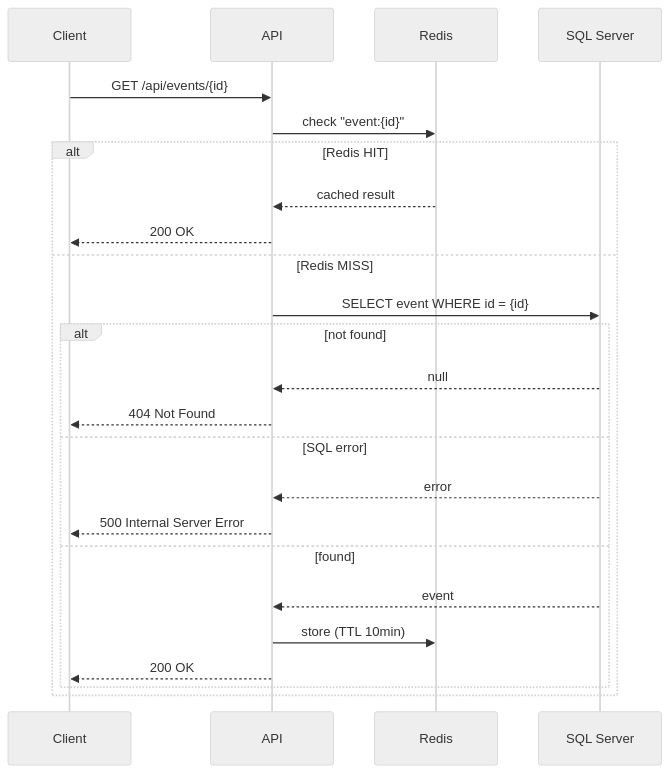
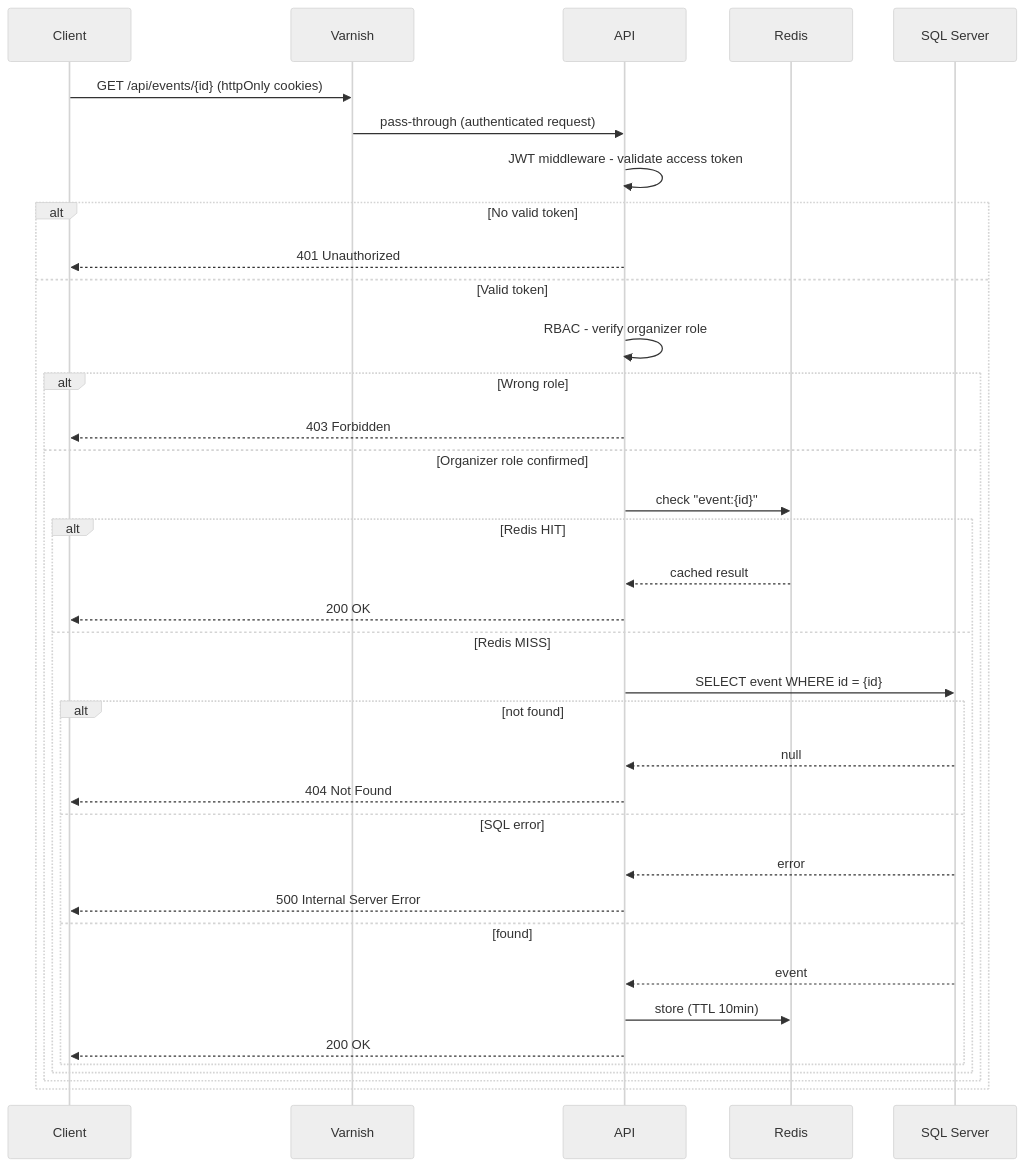
One commit to LaurentCondoure/EventManager changed the third of 11 diagrams in documentation/architecture/design/design-event-flows.md. Above: the diagram before and after it, drawn with Mermaid (neutral theme). The commit also changed other lines of this file and 58 other files, not shown here.

````diff
--- a/documentation/architecture/design/design-event-flows.md
+++ b/documentation/architecture/design/design-event-flows.md
@@ -82,27 +107,39 @@
 ```mermaid
 sequenceDiagram
     participant Client
+    participant Varnish
     participant API
     participant Redis
     participant SQL as SQL Server
 
-    Client->>API: GET /api/events/{id}
-    API->>Redis: check "event:{id}"
-    alt Redis HIT
-        Redis-->>API: cached result
-        API-->>Client: 200 OK
-    else Redis MISS
-        API->>SQL: SELECT event WHERE id = {id}
-        alt not found
-            SQL-->>API: null
-            API-->>Client: 404 Not Found
-        else SQL error
-            SQL-->>API: error
-            API-->>Client: 500 Internal Server Error
-        else found
-            SQL-->>API: event
-            API->>Redis: store (TTL 10min)
-            API-->>Client: 200 OK
+    Client->>Varnish: GET /api/events/{id} (httpOnly cookies)
+    Varnish->>API: pass-through (authenticated request)
+    API->>API: JWT middleware - validate access token
+    alt No valid token
+        API-->>Client: 401 Unauthorized
+    else Valid token
+        API->>API: RBAC - verify organizer role
+        alt Wrong role
+            API-->>Client: 403 Forbidden
+        else Organizer role confirmed
+            API->>Redis: check "event:{id}"
+            alt Redis HIT
+                Redis-->>API: cached result
+                API-->>Client: 200 OK
+            else Redis MISS
+                API->>SQL: SELECT event WHERE id = {id}
+                alt not found
+                    SQL-->>API: null
+                    API-->>Client: 404 Not Found
+                else SQL error
+                    SQL-->>API: error
+                    API-->>Client: 500 Internal Server Error
+                else found
+                    SQL-->>API: event
+                    API->>Redis: store (TTL 10min)
+                    API-->>Client: 200 OK
+                end
+            end
         end
     end
 ```
````
